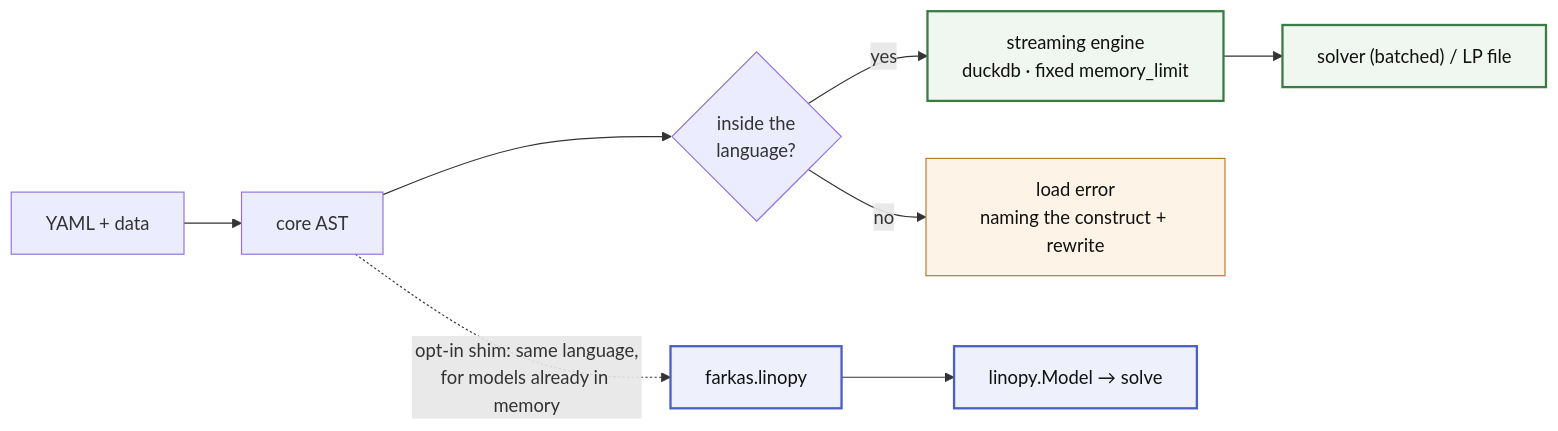
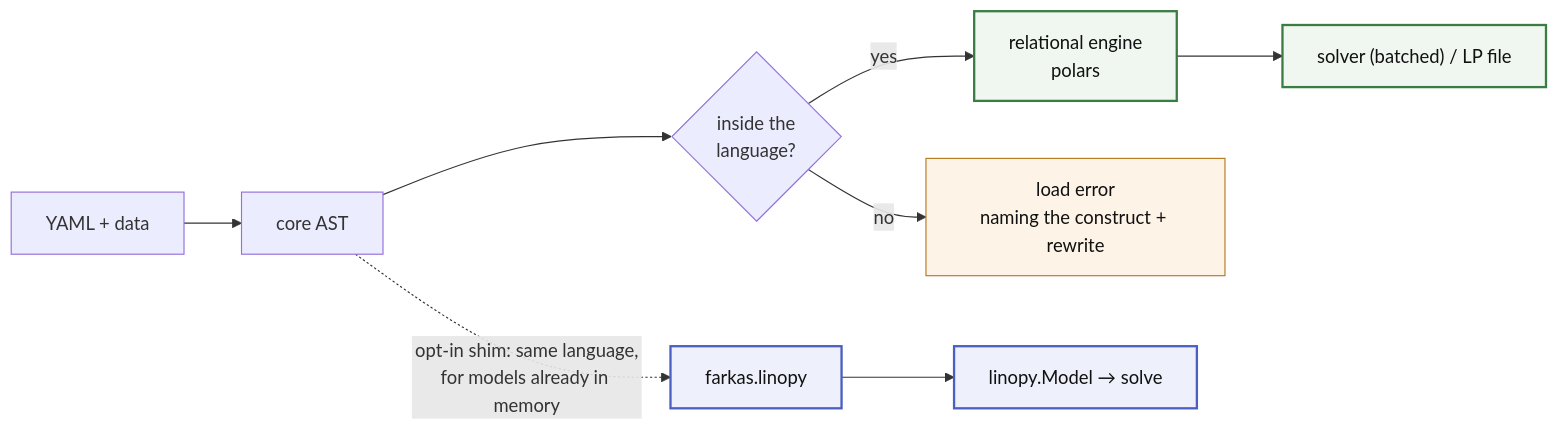
One commit to FBumann/farkas changed the diagram in README.md. Above: the diagram before and after it, drawn with Mermaid. The commit also changed other lines of this file and 47 other files, not shown here.

````diff
--- a/README.md
+++ b/README.md
@@ -20,17 +19,17 @@
 ```mermaid
 flowchart LR
     Y["YAML + data"] --> AST["core AST"]
     AST --> R{"inside the<br/>language?"}
-    R -->|"yes"| S["streaming engine<br/>duckdb · fixed memory_limit"]
+    R -->|"yes"| S["relational engine<br/>polars"]
     S --> OUT["solver (batched) / LP file"]
     R -->|"no"| ERR["load error<br/>naming the construct + rewrite"]
     AST -.->|"opt-in shim: same language,<br/>for models already in memory"| E["farkas.linopy"]
     E --> LS["linopy.Model → solve"]
 
     classDef stream fill:#f0f7f0,stroke:#3a7d44,stroke-width:2px,color:#111
     classDef linopylane fill:#eef1fb,stroke:#4a5fc1,stroke-width:2px,color:#111
     class S,OUT stream
     class E,LS linopylane
     class ERR err
     classDef err fill:#fdf3e7,stroke:#b7791f,color:#111
 ```
````
